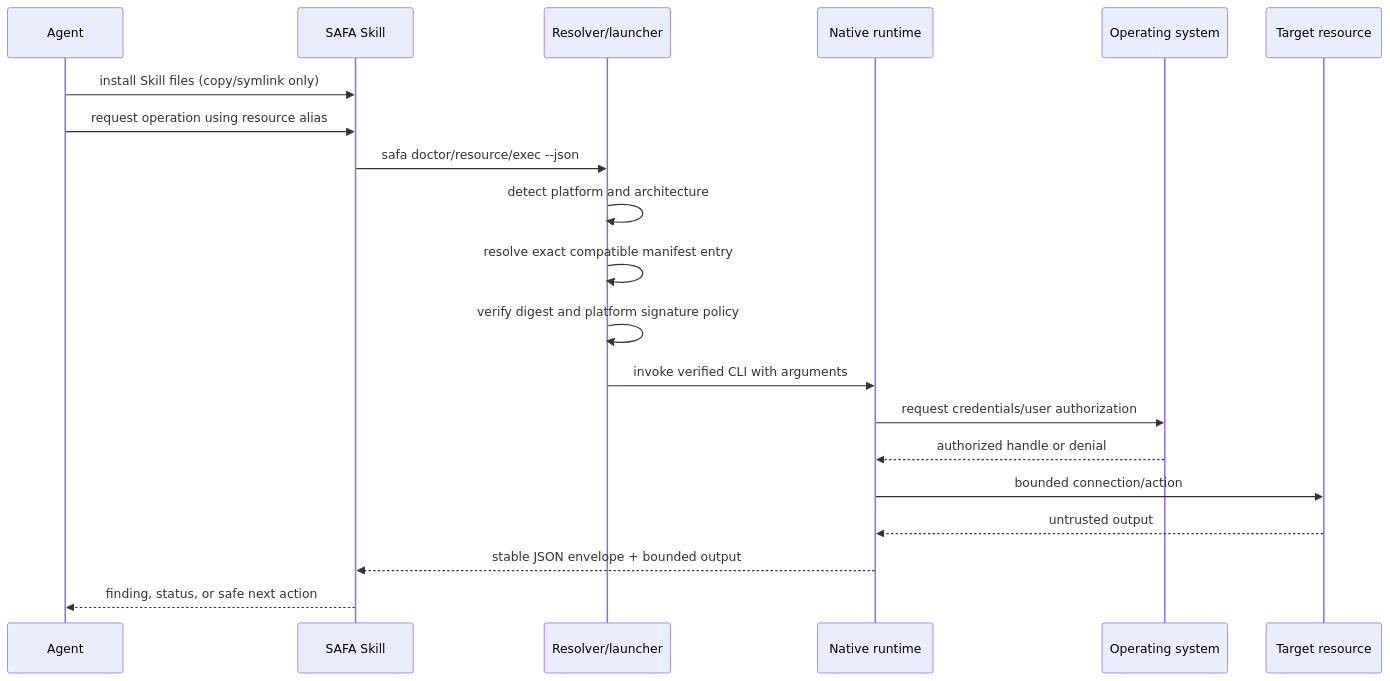
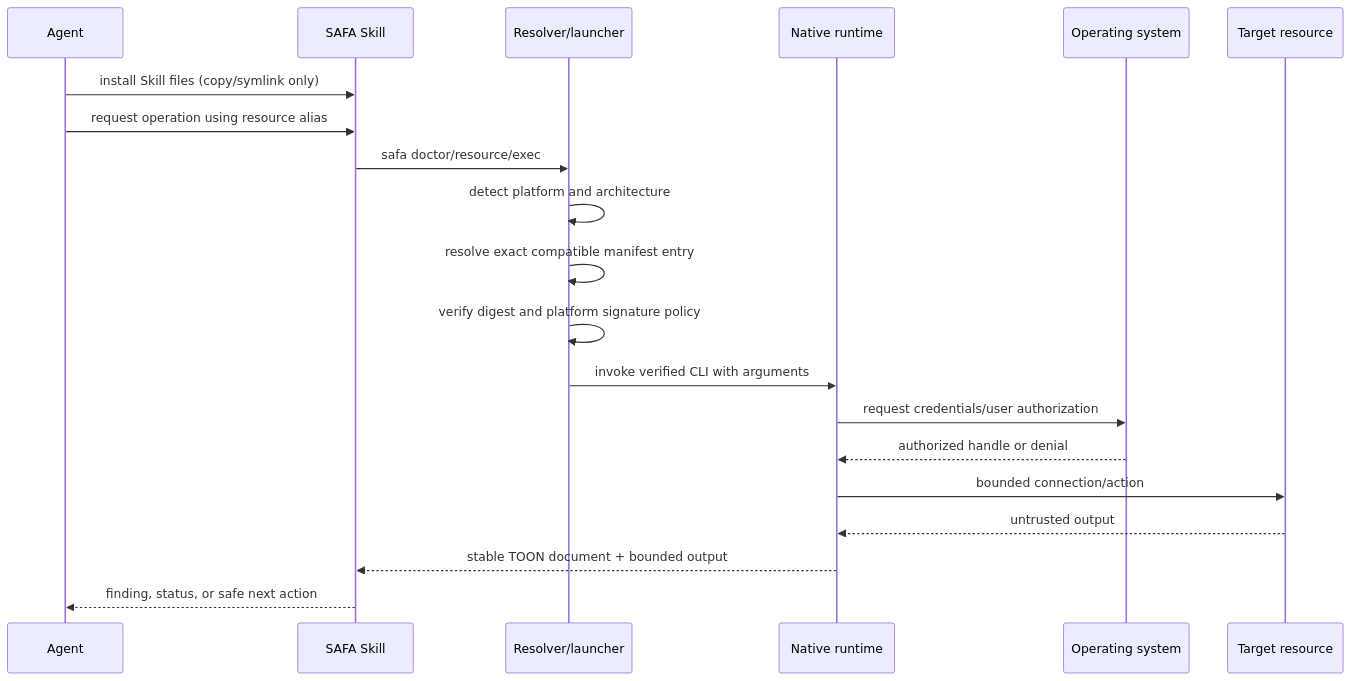
The second of 3 diagrams in docs/architecture.md (juju-w/safa), drawn with Mermaid before and after one commit. The commit also changed other lines of this file and 42 other files, not shown here.

````diff
--- a/docs/architecture.md
+++ b/docs/architecture.md
@@ -35,23 +34,23 @@
 ```mermaid
 sequenceDiagram
     participant A as Agent
     participant S as SAFA Skill
     participant L as Resolver/launcher
     participant R as Native runtime
     participant O as Operating system
     participant T as Target resource
 
     A->>S: install Skill files (copy/symlink only)
     A->>S: request operation using resource alias
-    S->>L: safa doctor/resource/exec --json
+    S->>L: safa doctor/resource/exec
     L->>L: detect platform and architecture
     L->>L: resolve exact compatible manifest entry
     L->>L: verify digest and platform signature policy
     L->>R: invoke verified CLI with arguments
     R->>O: request credentials/user authorization
     O-->>R: authorized handle or denial
     R->>T: bounded connection/action
     T-->>R: untrusted output
-    R-->>S: stable JSON envelope + bounded output
+    R-->>S: stable TOON document + bounded output
     S-->>A: finding, status, or safe next action
 ```
````
